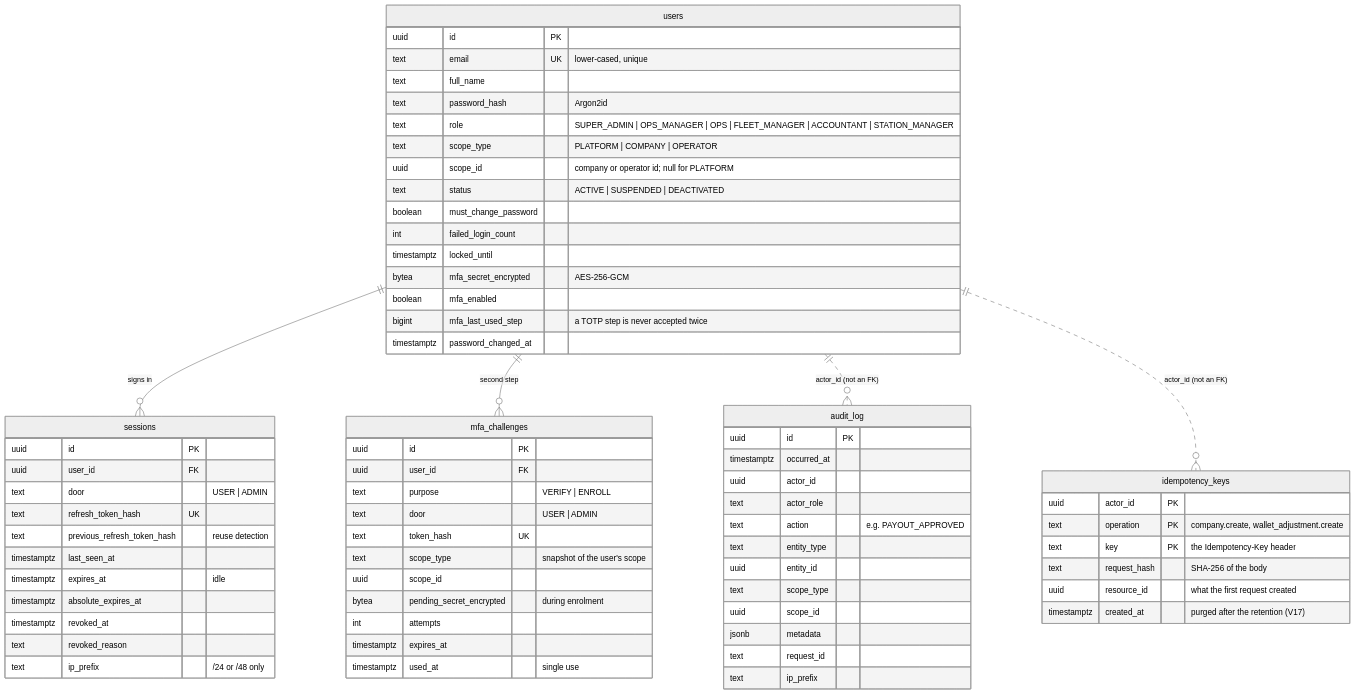
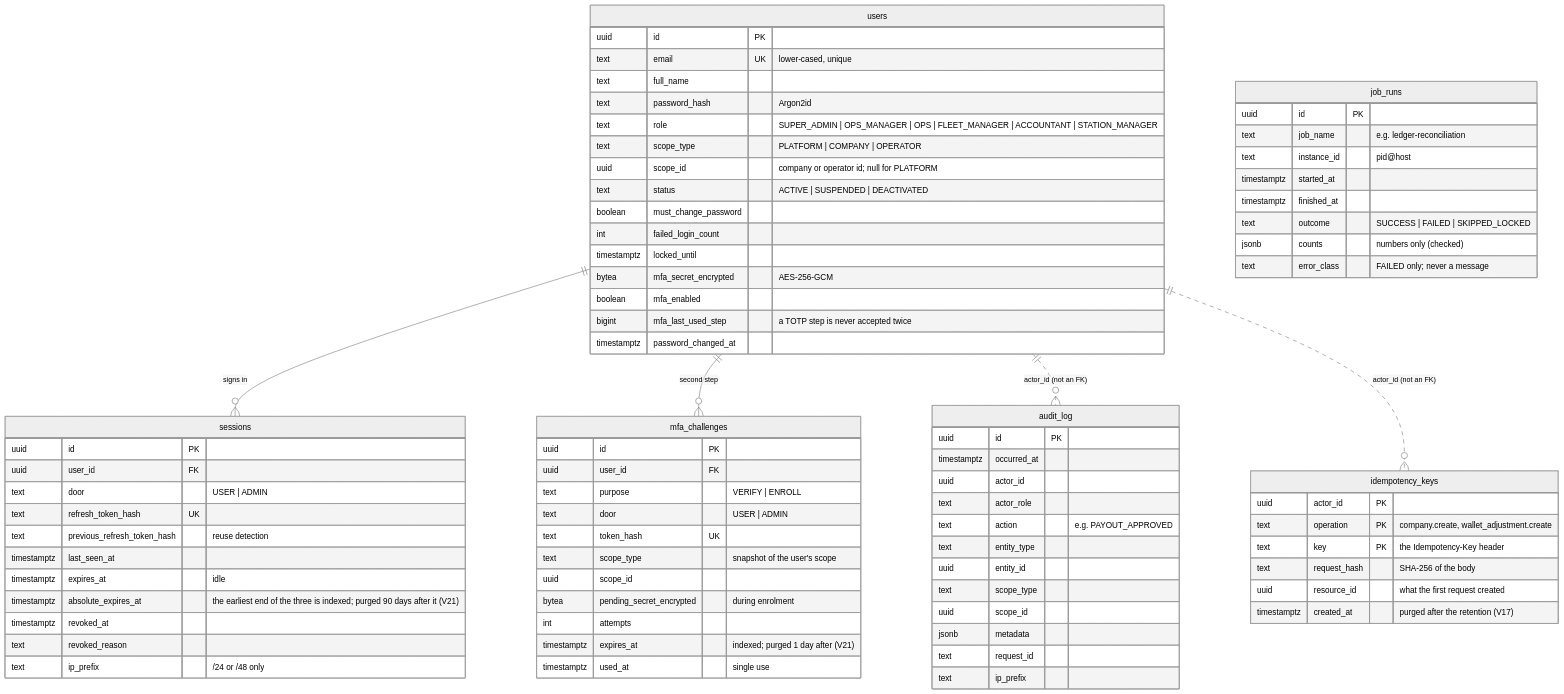
The third of 11 diagrams in docs/architecture/database-erd.md (ahmed2003-code-py/zood), drawn with Mermaid (neutral theme) before and after one commit. The commit also changed other lines of this file and 7 other files, not shown here.

First line of the commit message:
docs(b7-w4): ADR 0028 retention and job runs, V21 in the database guide, job health runbook

```diff
--- a/docs/architecture/database-erd.md
+++ b/docs/architecture/database-erd.md
@@ -174,6 +177,16 @@
     users ||--o{ mfa_challenges : "second step"
     users ||..o{ audit_log : "actor_id (not an FK)"
     users ||..o{ idempotency_keys : "actor_id (not an FK)"
+    job_runs {
+        uuid id PK
+        text job_name "e.g. ledger-reconciliation"
+        text instance_id "pid@host"
+        timestamptz started_at
+        timestamptz finished_at
+        text outcome "SUCCESS | FAILED | SKIPPED_LOCKED"
+        jsonb counts "numbers only (checked)"
+        text error_class "FAILED only; never a message"
+    }
 
     users {
         uuid id PK
@@ -200,7 +213,7 @@
         text previous_refresh_token_hash "reuse detection"
         timestamptz last_seen_at
         timestamptz expires_at "idle"
-        timestamptz absolute_expires_at
+        timestamptz absolute_expires_at "the earliest end of the three is indexed; purged 90 days after it (V21)"
         timestamptz revoked_at
         text revoked_reason
         text ip_prefix "/24 or /48 only"
@@ -215,7 +228,7 @@
         uuid scope_id
         bytea pending_secret_encrypted "during enrolment"
         int attempts
-        timestamptz expires_at
+        timestamptz expires_at "indexed; purged 1 day after (V21)"
         timestamptz used_at "single use"
     }
     idempotency_keys {
```
